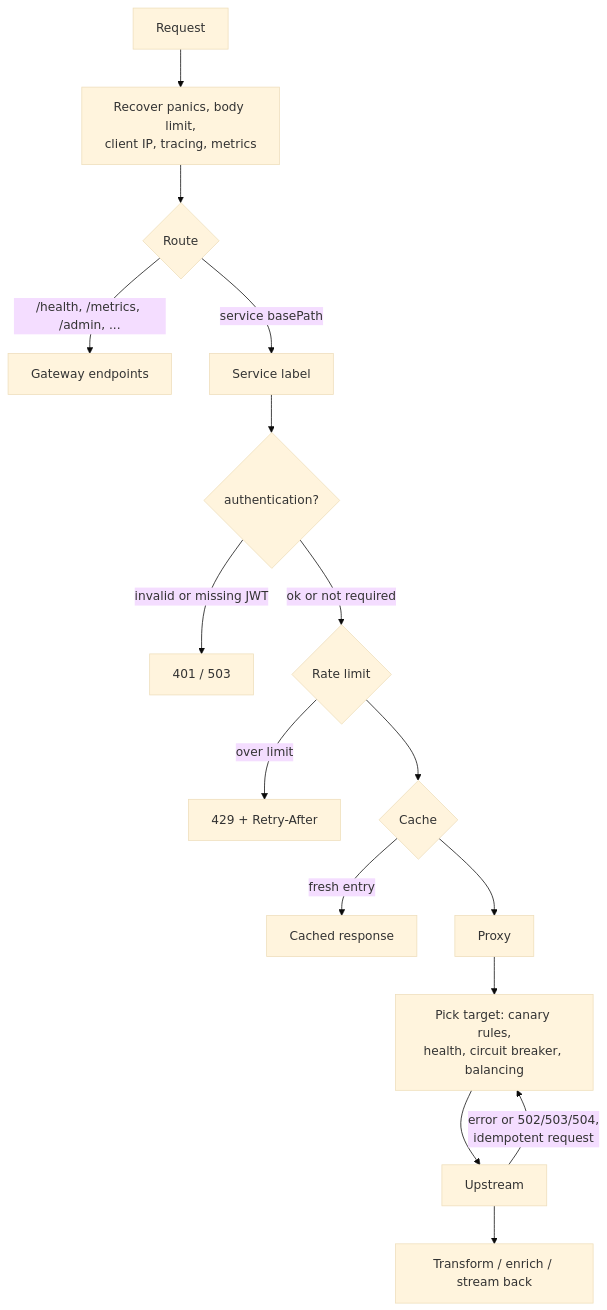
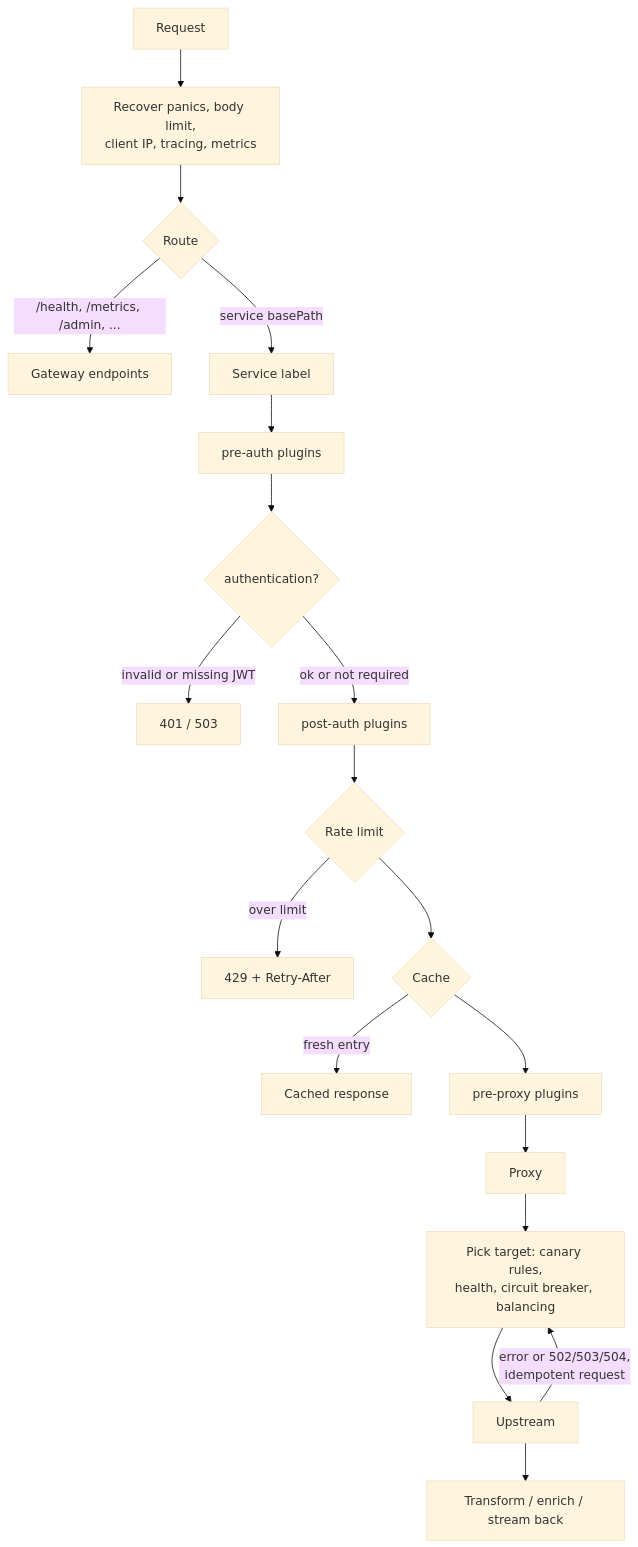
One commit to sepehrmohseni/odin changed the diagram in docs/concepts.md. Above: the diagram before and after it, drawn with Mermaid (base theme). The commit also changed other lines of this file, not shown here.

Commit message:
docs: show the plugin phases in the request pipeline

````diff
--- a/docs/concepts.md
+++ b/docs/concepts.md
@@ -26,18 +26,21 @@
 ```mermaid
 flowchart TD
   A[Request] --> B[Recover panics, body limit,<br/>client IP, tracing, metrics]
   B --> C{Route}
   C -->|/health, /metrics, /admin, ...| X[Gateway endpoints]
   C -->|service basePath| D[Service label]
-  D --> E{authentication?}
+  D --> P1[pre-auth plugins]
+  P1 --> E{authentication?}
   E -->|invalid or missing JWT| R401[401 / 503]
-  E -->|ok or not required| F{Rate limit}
+  E -->|ok or not required| P2[post-auth plugins]
+  P2 --> F{Rate limit}
   F -->|over limit| R429[429 + Retry-After]
   F --> G{Cache}
   G -->|fresh entry| HIT[Cached response]
-  G --> H[Proxy]
+  G --> P3[pre-proxy plugins]
+  P3 --> H[Proxy]
   H --> I[Pick target: canary rules,<br/>health, circuit breaker, balancing]
   I --> J[Upstream]
   J -->|error or 502/503/504,<br/>idempotent request| I
   J --> K[Transform / enrich / stream back]
 ```
````
